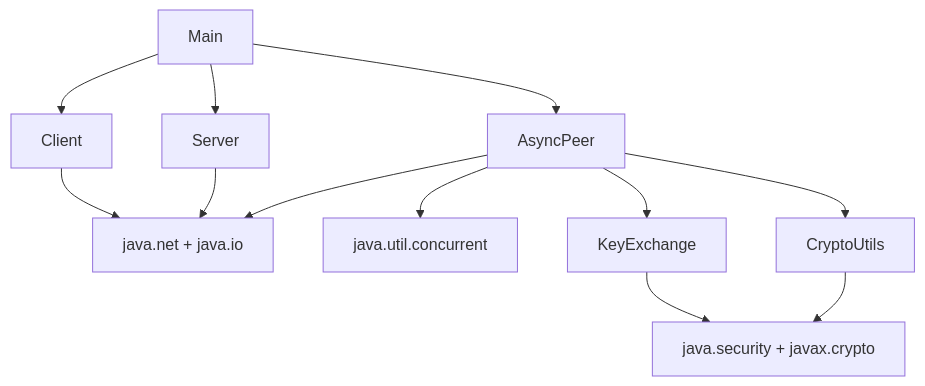
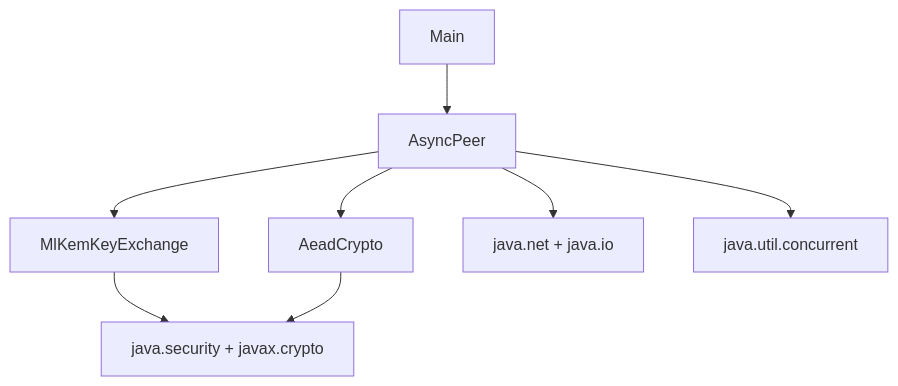
One commit to fl4nk3r-h/secureP2P-Java changed the third of 5 diagrams in docs/module-level-design.md. Above: the diagram before and after it, drawn with Mermaid. The commit also changed other lines of this file, not shown here.

Commit message:
Refactor module-level design to remove legacy Client and Server classes, update responsibilities for AsyncPeer, and clarify crypto module ownership.

````diff
--- a/docs/module-level-design.md
+++ b/docs/module-level-design.md
@@ -203,24 +156,18 @@
 ```mermaid
 flowchart TD
     Main[Main]
-    Client[Client]
-    Server[Server]
     Peer[AsyncPeer]
-    Key[KeyExchange]
-    Crypto[CryptoUtils]
+    Key[MlKemKeyExchange]
+    Crypto[AeadCrypto]
     JNet[java.net + java.io]
     JCrypto[java.security + javax.crypto]
     JConcurrent[java.util.concurrent]
 
-    Main --> Client
-    Main --> Server
     Main --> Peer
-    Client --> JNet
-    Server --> JNet
     Peer --> JNet
     Peer --> JConcurrent
     Peer --> Key
     Peer --> Crypto
     Key --> JCrypto
     Crypto --> JCrypto
 ```
````
